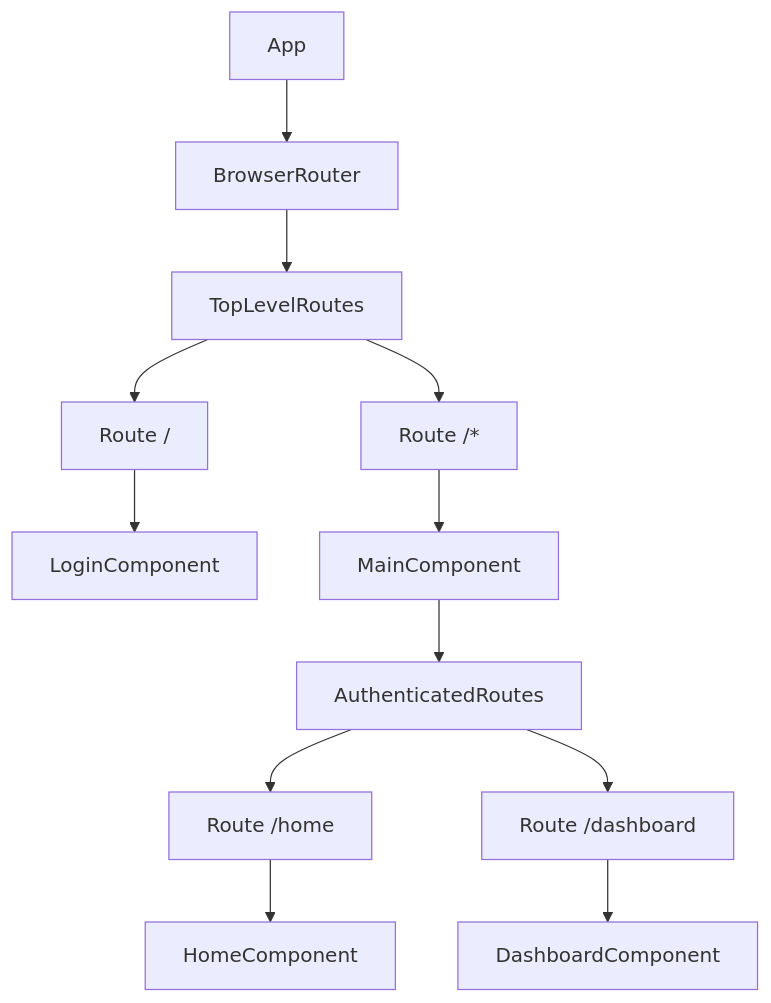
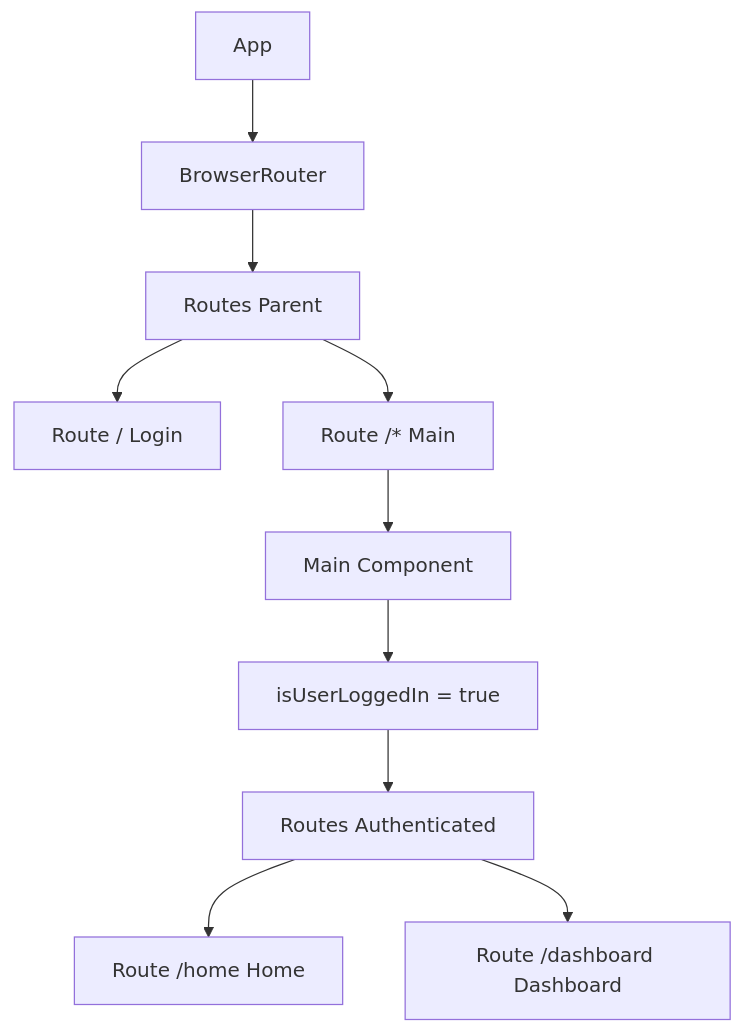
One commit to test-company-prowiz/tableau-frontend changed the diagram in docs/src/App.jsx.md. Above: the diagram before and after it, drawn with Mermaid. The commit also changed other lines of this file, not shown here.

Commit message:
docs: auto-generated documentation for docs/src/App.jsx.md

````diff
--- a/docs/src/App.jsx.md
+++ b/docs/src/App.jsx.md
@@ -48,14 +46,12 @@
 ```mermaid
 graph TD
-A[App] --> B[BrowserRouter]
-B --> C[TopLevelRoutes]
-C --> D[RouteSlashElement]
-C --> E[RouteStarElement]
-D[Route /] --> F[LoginComponent]
-E[Route /*] --> G[MainComponent]
-G --> H[AuthenticatedRoutes]
-H --> I[RouteHomeElement]
-H --> J[RouteDashboardElement]
-I[Route /home] --> K[HomeComponent]
-J[Route /dashboard] --> L[DashboardComponent]
+App[App] --> BrowserRouter[BrowserRouter]
+BrowserRouter --> RoutesParent[Routes Parent]
+RoutesParent --> RouteLogin[Route / Login]
+RoutesParent --> RouteWildcard[Route /* Main]
+RouteWildcard --> MainComponent[Main Component]
+MainComponent --> CheckLoginStatus[isUserLoggedIn = true]
+CheckLoginStatus --> RoutesAuthenticated[Routes Authenticated]
+RoutesAuthenticated --> RouteHome[Route /home Home]
+RoutesAuthenticated --> RouteDashboard[Route /dashboard Dashboard]
 ```
````
